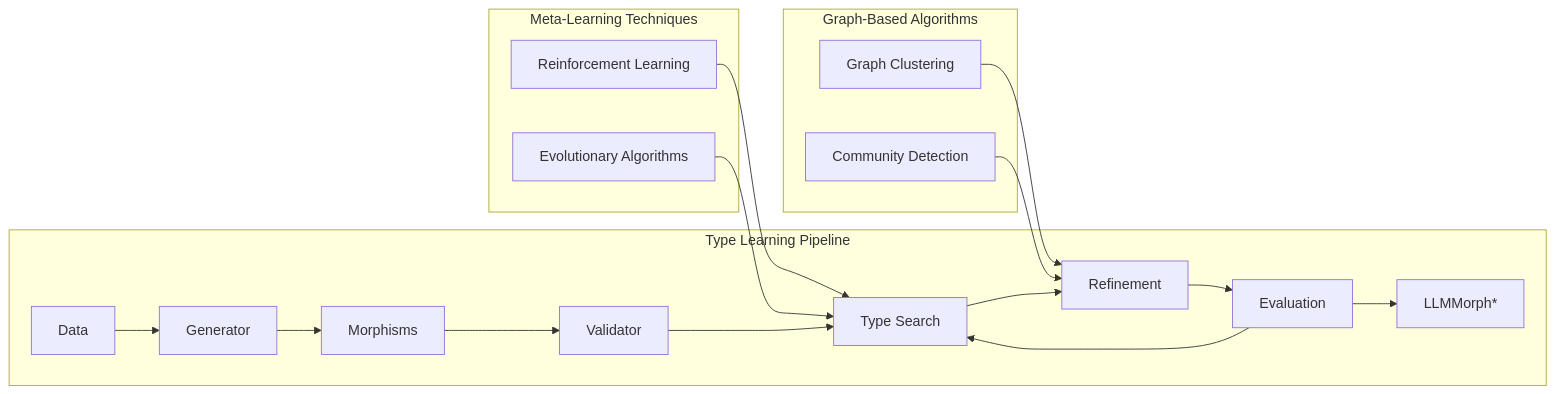
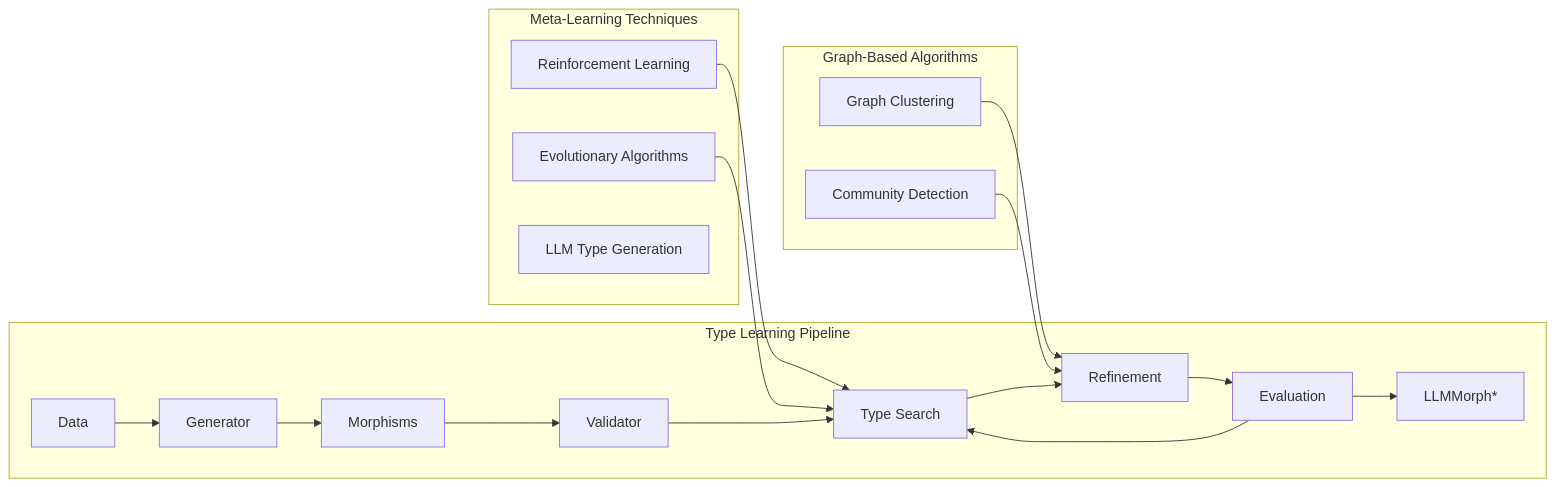
The eighth of 8 diagrams in llmmorph.md (furlat/Abstractions), drawn with Mermaid before and after one commit.

````diff
--- a/llmmorph.md
+++ b/llmmorph.md
@@ -302,28 +302,29 @@
 ```mermaid
 graph LR
     subgraph Type Learning Pipeline
         D[Data] --> G[Generator]
         G --> M[Morphisms]
         M --> V[Validator]
         V --> S[Type Search]
         S --> R[Refinement]
         R --> E[Evaluation]
         E --> S
         E --> O[LLMMorph*]
     end
 
     subgraph Meta-Learning Techniques
         RL[Reinforcement Learning]
         EA[Evolutionary Algorithms]
+        LLM[LLM Type Generation]
     end
 
     subgraph Graph-Based Algorithms
         GC[Graph Clustering]
         CD[Community Detection]
     end
 
     RL --> S
     EA --> S
     GC --> R
     CD --> R
 ```
````
